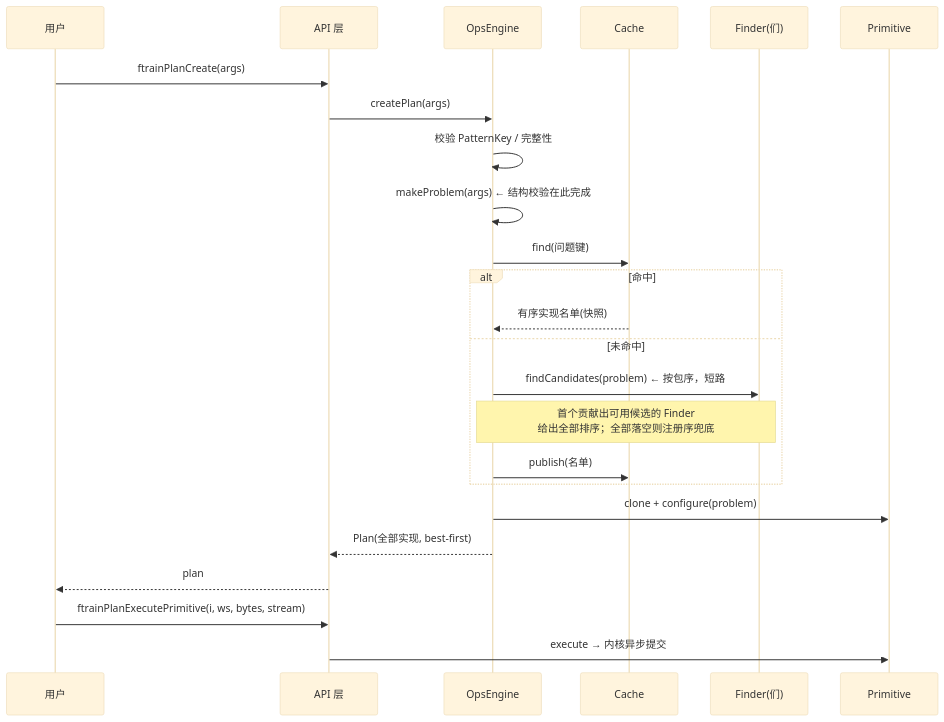
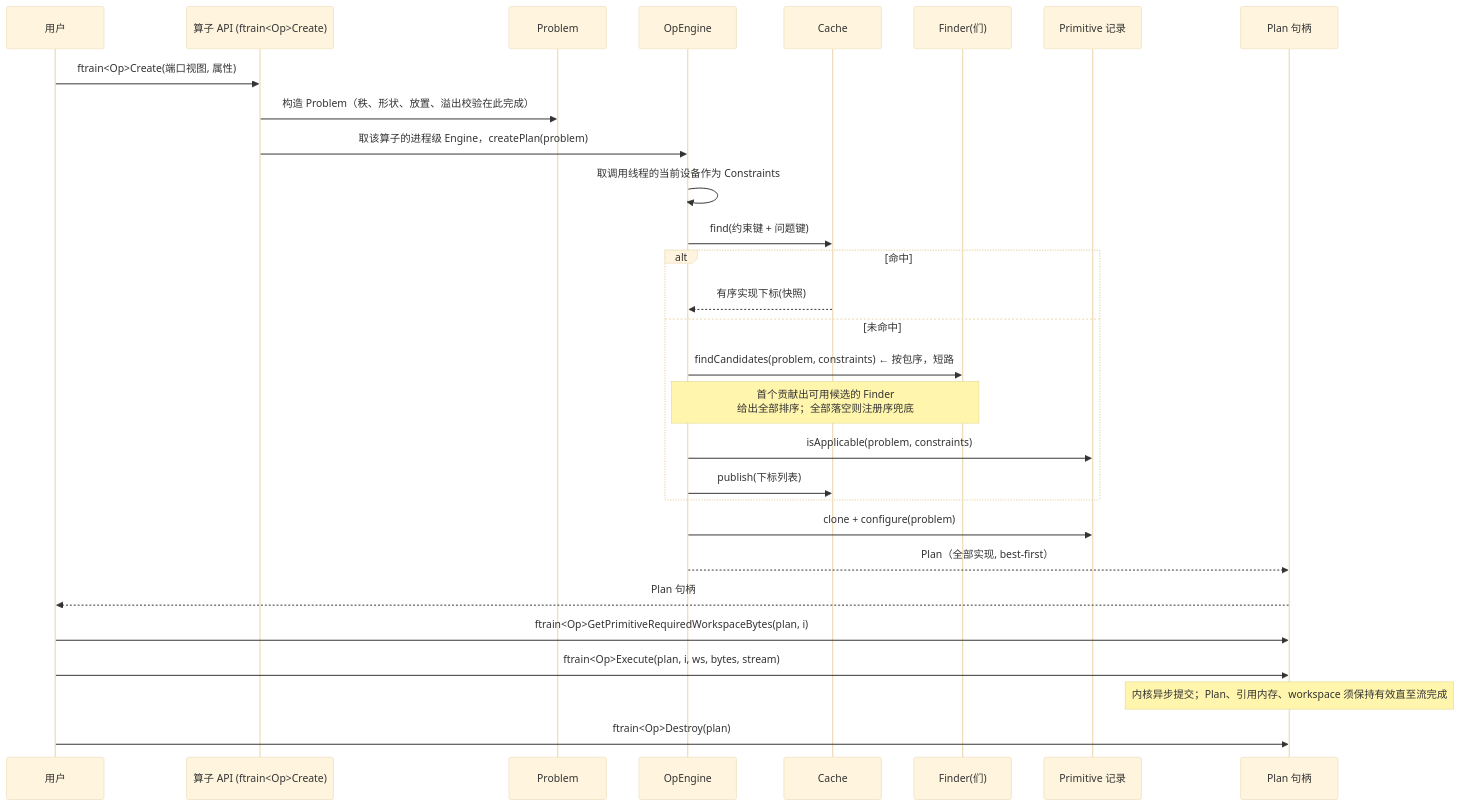
One commit to HYGON-AI/flash-train changed the second of 2 diagrams in docs/architecture.md. Above: the diagram before and after it, drawn with Mermaid (base theme). The commit also changed other lines of this file and 5 other files, not shown here.

````diff
--- a/docs/architecture.md
+++ b/docs/architecture.md
@@ -63,27 +60,32 @@
 ```mermaid
 sequenceDiagram
     participant U as 用户
-    participant A as API 层
-    participant E as OpsEngine
+    participant A as 算子 API (ftrain<Op>Create)
+    participant P as Problem
+    participant E as OpEngine
     participant C as Cache
     participant F as Finder(们)
-    participant P as Primitive
+    participant R as Primitive 记录
+    participant H as Plan 句柄
 
-    U->>A: ftrainPlanCreate(args)
-    A->>E: createPlan(args)
-    E->>E: 校验 PatternKey / 完整性
-    E->>E: makeProblem(args)  ← 结构校验在此完成
-    E->>C: find(问题键)
+    U->>A: ftrain<Op>Create(端口视图, 属性)
+    A->>P: 构造 Problem（秩、形状、放置、溢出校验在此完成）
+    A->>E: 取该算子的进程级 Engine，createPlan(problem)
+    E->>E: 取调用线程的当前设备作为 Constraints
+    E->>C: find(约束键 + 问题键)
     alt 命中
-        C-->>E: 有序实现名单(快照)
+        C-->>E: 有序实现下标(快照)
     else 未命中
-        E->>F: findCandidates(problem)  ← 按包序，短路
+        E->>F: findCandidates(problem, constraints) ← 按包序，短路
         Note over E,F: 首个贡献出可用候选的 Finder<br/>给出全部排序；全部落空则注册序兜底
-        E->>C: publish(名单)
+        E->>R: isApplicable(problem, constraints)
+        E->>C: publish(下标列表)
     end
-    E->>P: clone + configure(problem)
-    E-->>A: Plan(全部实现, best-first)
-    A-->>U: plan
-    U->>A: ftrainPlanExecutePrimitive(i, ws, bytes, stream)
-    A->>P: execute → 内核异步提交
+    E->>R: clone + configure(problem)
+    E-->>H: Plan（全部实现, best-first）
+    H-->>U: Plan 句柄
+    U->>H: ftrain<Op>GetPrimitiveRequiredWorkspaceBytes(plan, i)
+    U->>H: ftrain<Op>Execute(plan, i, ws, bytes, stream)
+    Note over H: 内核异步提交；Plan、引用内存、workspace 须保持有效直至流完成
+    U->>H: ftrain<Op>Destroy(plan)
 ```
````
